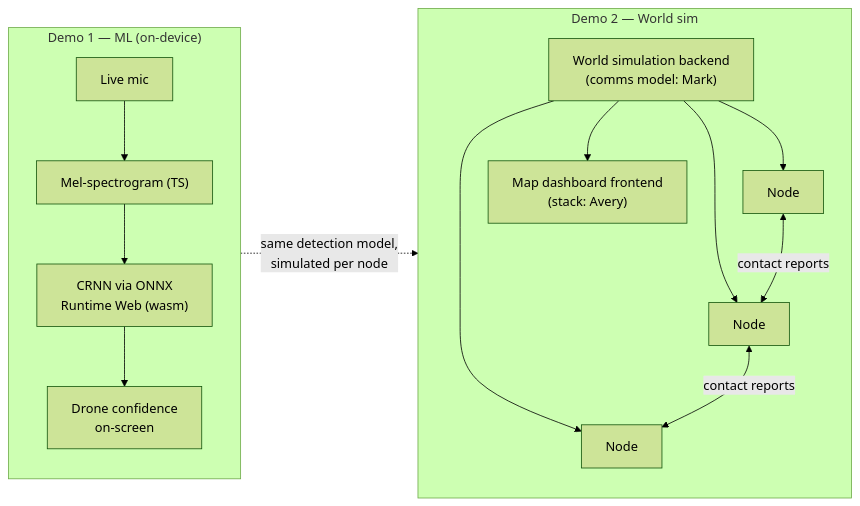
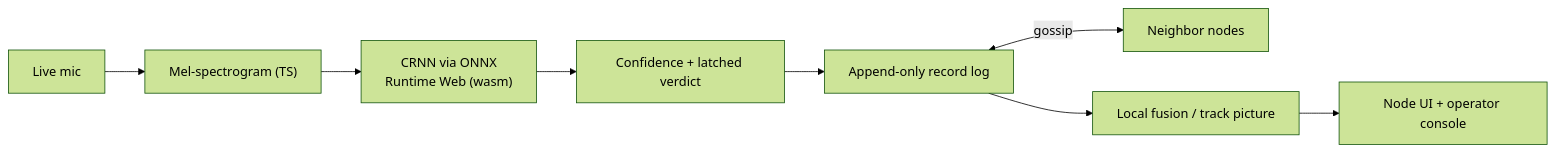
Before and after one commit to hongnoul/dnhacks-node: the diagram in README.md, drawn with Mermaid (forest theme). The commit also changed other lines of this file and 55 other files, not shown here.

Commit message:
refactor: make sim-demo the canonical app

````diff
--- a/README.md
+++ b/README.md
@@ -39,13 +30,9 @@
 ```mermaid
 flowchart LR
-    subgraph Demo1["Demo 1 — ML (on-device)"]
-        MIC["Live mic"] --> MEL["Mel-spectrogram (TS)"] --> CRNN["CRNN via ONNX\nRuntime Web (wasm)"]
-        CRNN --> DET["Drone confidence\non-screen"]
-    end
-    subgraph Demo2["Demo 2 — World sim"]
-        SIM["World simulation backend\n(comms model: Mark)"] --> N1["Node"] & N2["Node"] & N3["Node"]
-        N1 <-->|contact reports| N2 <-->|contact reports| N3
-        SIM --> DASH["Map dashboard frontend\n(stack: Avery)"]
-    end
-    Demo1 -.->|"same detection model,\nsimulated per node"| Demo2
+    MIC["Live mic"] --> MEL["Mel-spectrogram (TS)"] --> CRNN["CRNN via ONNX\nRuntime Web (wasm)"]
+    CRNN --> SCORE["Confidence + latched verdict"]
+    SCORE --> LOG["Append-only record log"]
+    LOG <-->|gossip| N2["Neighbor nodes"]
+    LOG --> FUSE["Local fusion / track picture"]
+    FUSE --> UI["Node UI + operator console"]
 ```
````
